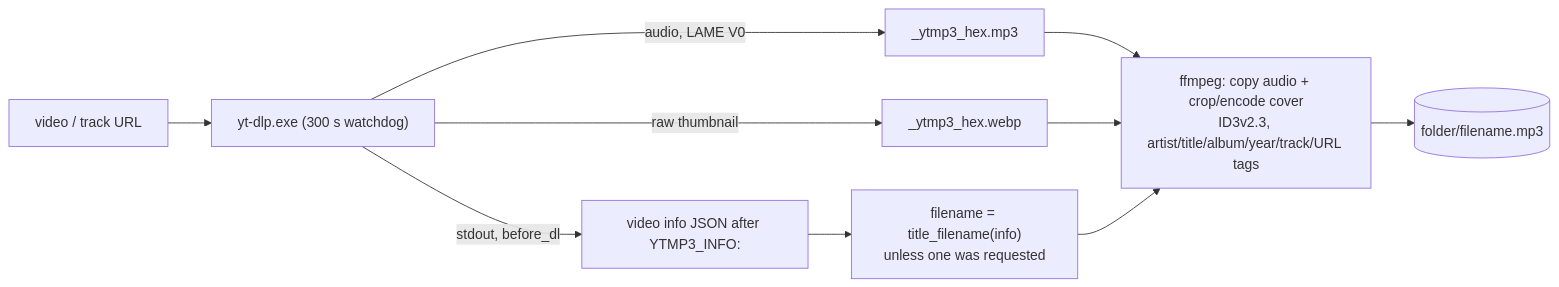
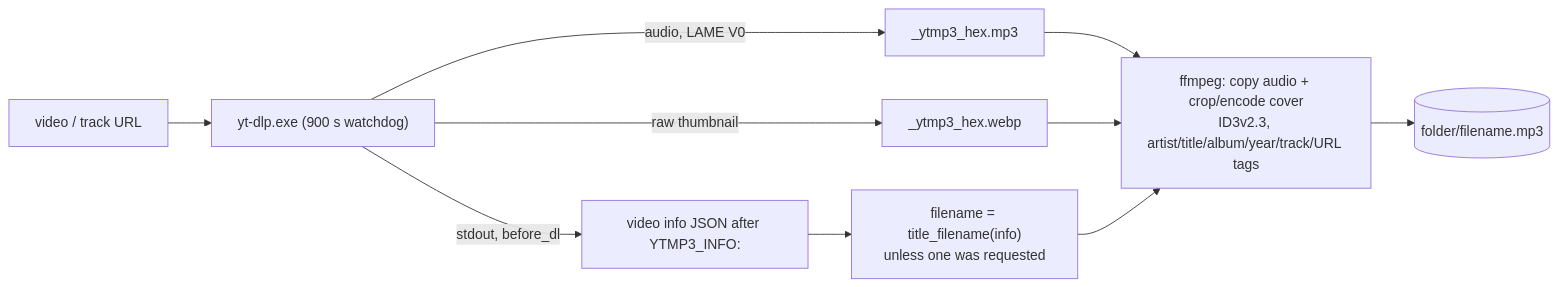
One commit to martin-iflap/YT-MP3-Downloader changed diagram 11 of 22 in ARCHITECTURE.md. Above: the diagram before and after it, drawn with Mermaid. The commit also changed other lines of this file and 21 other files, not shown here.

````diff
--- a/ARCHITECTURE.md
+++ b/ARCHITECTURE.md
@@ -649,12 +649,12 @@
 ```mermaid
 flowchart LR
-    U["video / track URL"] --> Y["yt-dlp.exe (300 s watchdog)"]
+    U["video / track URL"] --> Y["yt-dlp.exe (900 s watchdog)"]
     Y -- "audio, LAME V0" --> M["_ytmp3_hex.mp3"]
     Y -- "raw thumbnail" --> J["_ytmp3_hex.webp"]
     Y -- "stdout, before_dl" --> T["video info JSON after YTMP3_INFO:"]
     T --> N["filename = title_filename(info)<br/>unless one was requested"]
     M --> F["ffmpeg: copy audio + crop/encode cover<br/>ID3v2.3, artist/title/album/year/track/URL tags"]
     J --> F
     N --> F
     F --> OUT[("folder/filename.mp3")]
 ```
````
